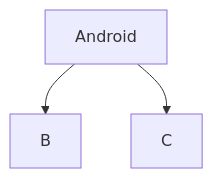
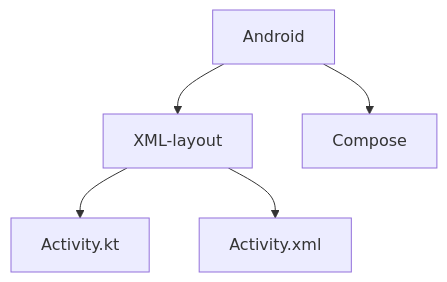
Before and after one commit to anurag-bit/test_doc: the diagram in README.md, drawn with Mermaid.

````diff
--- a/README.md
+++ b/README.md
@@ -20,7 +20,8 @@
 ```mermaid
 graph TD;
-    Android-->B;
-    Android-->C;
-   
+    Android-->XML-layout;
+    Android-->Compose;
+    XML-layout-->Activity.kt;
+    XML-layout-->Activity.xml;
     
 ```
````
